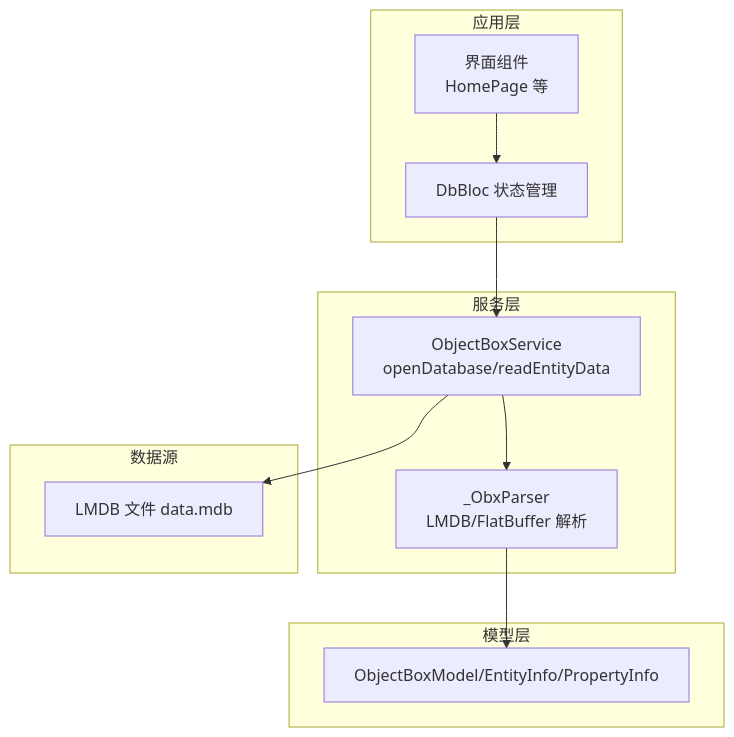
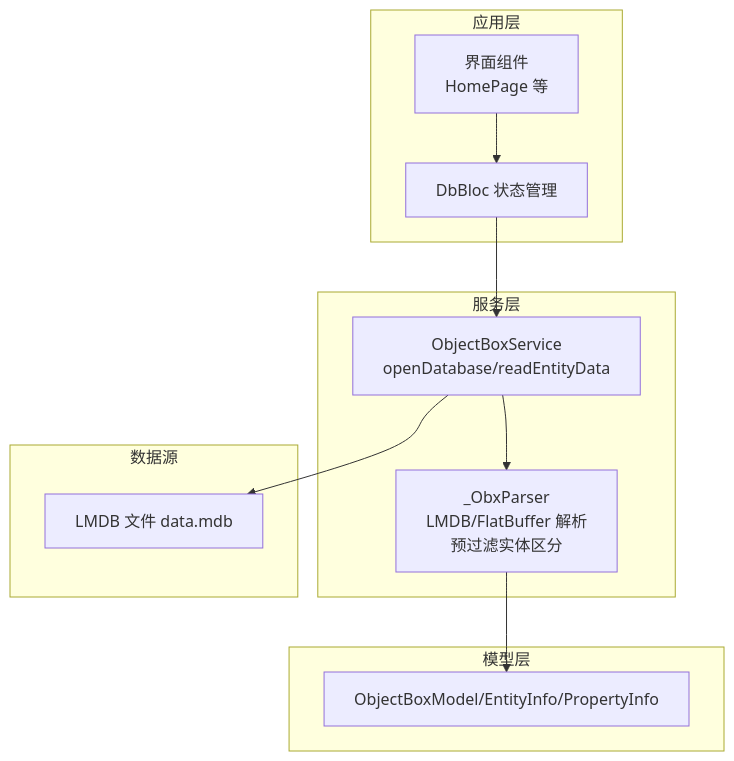
One commit to kongpf8848/objectbox_viewer changed the first of 4 diagrams in .qoder/repowiki/zh/content/核心功能/自动发现机制.md. Above: the diagram before and after it, drawn with Mermaid. The commit also changed other lines of this file and 8 other files, not shown here.

````diff
--- a/.qoder/repowiki/zh/content/核心功能/自动发现机制.md
+++ b/.qoder/repowiki/zh/content/核心功能/自动发现机制.md
@@ -45,22 +53,22 @@
 ```mermaid
 graph TB
 subgraph "应用层"
 UI["界面组件<br/>HomePage 等"]
 BLoC["DbBloc 状态管理"]
 end
 subgraph "服务层"
 Svc["ObjectBoxService<br/>openDatabase/readEntityData"]
-Parser["_ObxParser<br/>LMDB/FlatBuffer 解析"]
+Parser["_ObxParser<br/>LMDB/FlatBuffer 解析<br/>预过滤实体区分"]
 end
 subgraph "模型层"
 Model["ObjectBoxModel/EntityInfo/PropertyInfo"]
 end
 subgraph "数据源"
 MDB["LMDB 文件 data.mdb"]
 end
 UI --> BLoC
 BLoC --> Svc
 Svc --> Parser
 Parser --> Model
 Svc --> MDB
 ```
````
